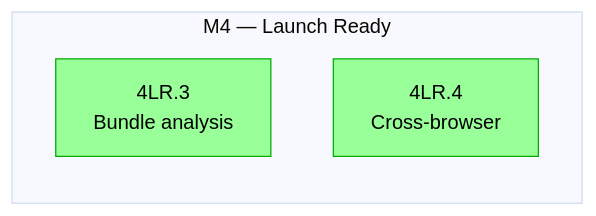
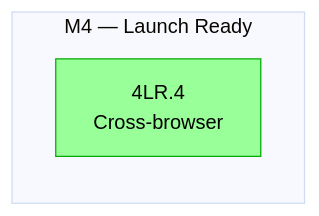
One commit to Oggie112/Portfolio changed the diagram in docs/roadmaps/mvp.md. Above: the diagram before and after it, drawn with Mermaid (base theme). The commit also changed other lines of this file and 4 other files, not shown here.

````diff
--- a/docs/roadmaps/mvp.md
+++ b/docs/roadmaps/mvp.md
@@ -106,11 +106,10 @@
 ```mermaid
 graph LR
   subgraph M4["M4 — Launch Ready"]
-    4LR.3["4LR.3\nBundle analysis"]:::open
     4LR.4["4LR.4\nCross-browser"]:::open
   end
 
   classDef blocked fill:#f9f,stroke:#c0c,color:#000
   classDef open fill:#9f9,stroke:#0a0,color:#000
   classDef done fill:#ccc,stroke:#999,color:#555
 ```
````
